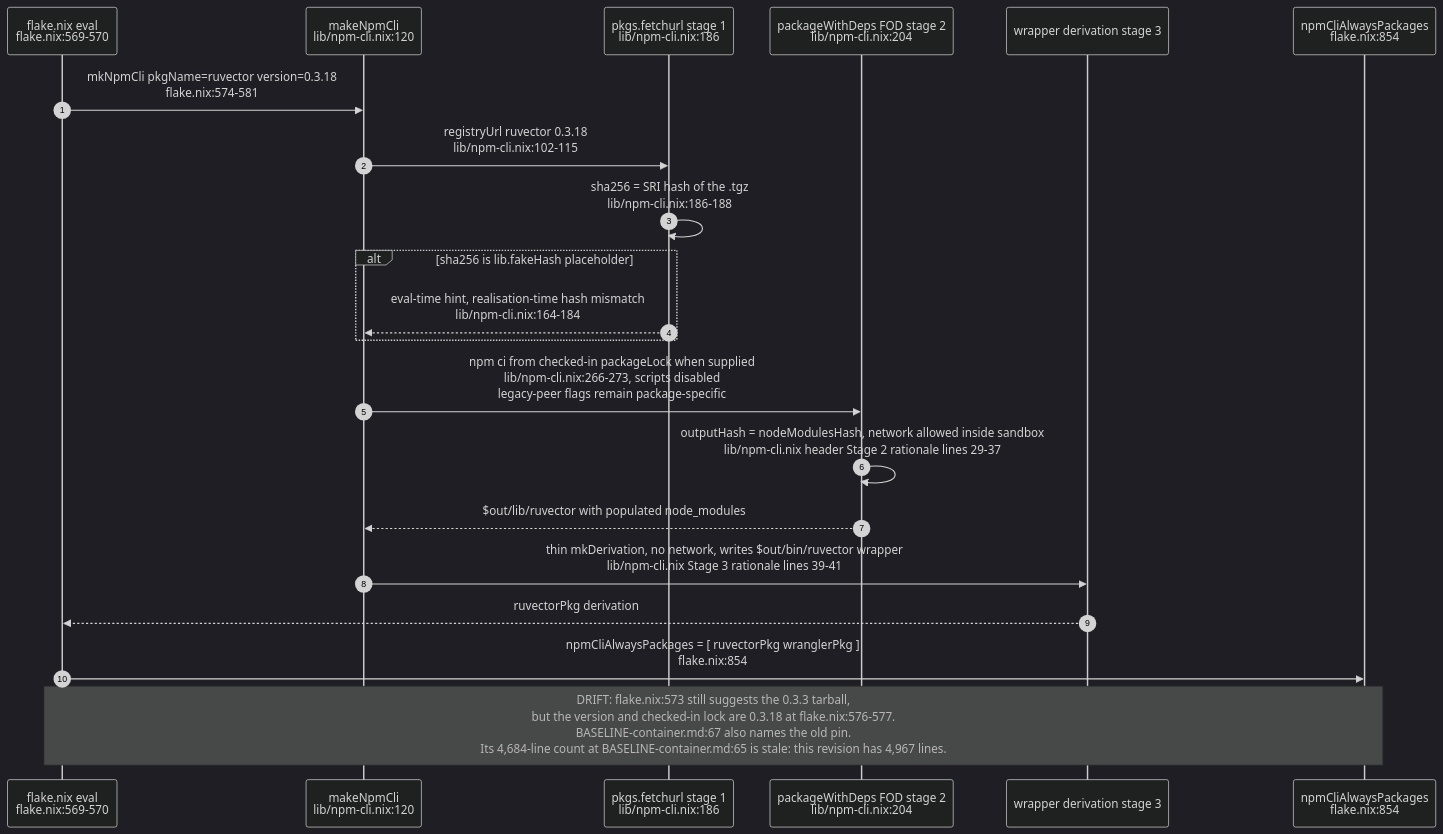
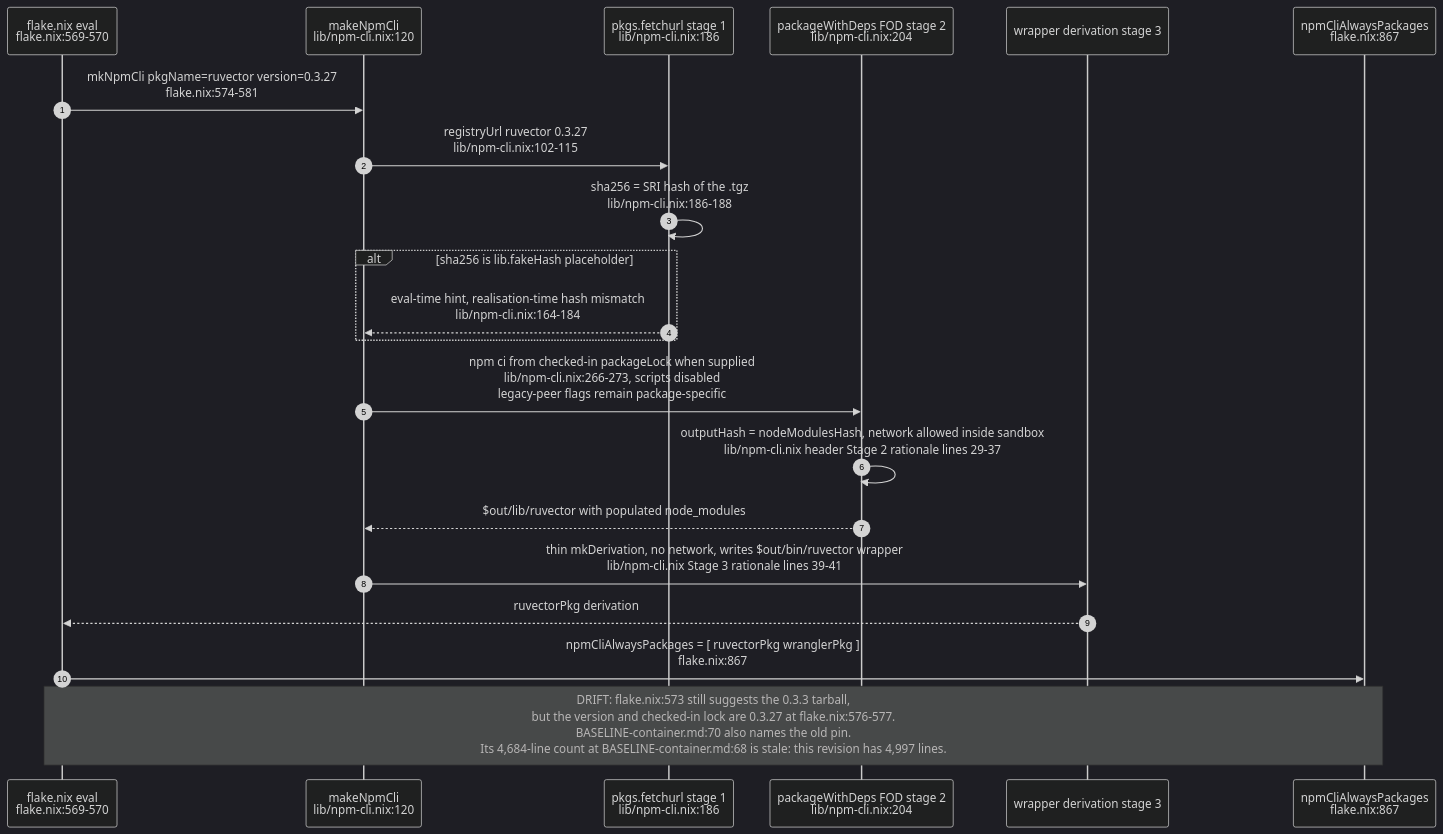
Before and after one commit to DreamLab-AI/VisionFlow: the fifth of 10 diagrams in docs/diagrams/agentbox/01-nix-flake-composition.md, drawn with Mermaid (dark theme). The commit also changed other lines of this file, not shown here.

First line of the commit message:
diagrams(agentbox): re-verify AB-01 at agentbox 59b1aca

````diff
--- a/docs/diagrams/agentbox/01-nix-flake-composition.md
+++ b/docs/diagrams/agentbox/01-nix-flake-composition.md
@@ -260,24 +260,24 @@
 ```mermaid
 sequenceDiagram
     autonumber
     participant FLAKE as flake.nix eval<br/>flake.nix:569-570
     participant MK as makeNpmCli<br/>lib/npm-cli.nix:120
     participant FETCH as pkgs.fetchurl stage 1<br/>lib/npm-cli.nix:186
     participant FOD as packageWithDeps FOD stage 2<br/>lib/npm-cli.nix:204
     participant WRAP as wrapper derivation stage 3
-    participant ALWAYS as npmCliAlwaysPackages<br/>flake.nix:854
+    participant ALWAYS as npmCliAlwaysPackages<br/>flake.nix:867
 
-    FLAKE->>MK: mkNpmCli pkgName=ruvector version=0.3.18<br/>flake.nix:574-581
-    MK->>FETCH: registryUrl ruvector 0.3.18<br/>lib/npm-cli.nix:102-115
+    FLAKE->>MK: mkNpmCli pkgName=ruvector version=0.3.27<br/>flake.nix:574-581
+    MK->>FETCH: registryUrl ruvector 0.3.27<br/>lib/npm-cli.nix:102-115
     FETCH->>FETCH: sha256 = SRI hash of the .tgz<br/>lib/npm-cli.nix:186-188
     alt sha256 is lib.fakeHash placeholder
         FETCH-->>MK: eval-time hint, realisation-time hash mismatch<br/>lib/npm-cli.nix:164-184
     end
     MK->>FOD: npm ci from checked-in packageLock when supplied<br/>lib/npm-cli.nix:266-273, scripts disabled<br/>legacy-peer flags remain package-specific
     FOD->>FOD: outputHash = nodeModulesHash, network allowed inside sandbox<br/>lib/npm-cli.nix header Stage 2 rationale lines 29-37
     FOD-->>MK: $out/lib/ruvector with populated node_modules
     MK->>WRAP: thin mkDerivation, no network, writes $out/bin/ruvector wrapper<br/>lib/npm-cli.nix Stage 3 rationale lines 39-41
     WRAP-->>FLAKE: ruvectorPkg derivation
-    FLAKE->>ALWAYS: npmCliAlwaysPackages = [ ruvectorPkg wranglerPkg ]<br/>flake.nix:854
-    Note over FLAKE,ALWAYS: DRIFT: flake.nix:573 still suggests the 0.3.3 tarball,<br/>but the version and checked-in lock are 0.3.18 at flake.nix:576-577.<br/>BASELINE-container.md:67 also names the old pin.<br/>Its 4,684-line count at BASELINE-container.md:65 is stale: this revision has 4,967 lines.
+    FLAKE->>ALWAYS: npmCliAlwaysPackages = [ ruvectorPkg wranglerPkg ]<br/>flake.nix:867
+    Note over FLAKE,ALWAYS: DRIFT: flake.nix:573 still suggests the 0.3.3 tarball,<br/>but the version and checked-in lock are 0.3.27 at flake.nix:576-577.<br/>BASELINE-container.md:70 also names the old pin.<br/>Its 4,684-line count at BASELINE-container.md:68 is stale: this revision has 4,997 lines.
 ```
````
